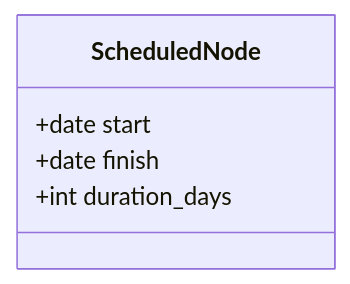
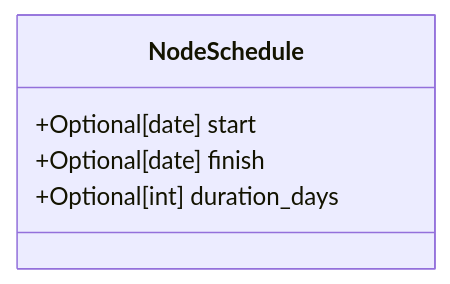
Before and after one commit to asukhodko/opskarta: the fourth of 6 diagrams in .qoder/repowiki/en/content/Tooling and Utilities/Python API Reference.md, drawn with Mermaid. The commit also changed other lines of this file and 6 other files, not shown here.

First line of the commit message:
feat(renderer): replace mermaid_gantt with plan2gantt and plan2dag modules

````diff
--- a/.qoder/repowiki/en/content/Tooling and Utilities/Python API Reference.md
+++ b/.qoder/repowiki/en/content/Tooling and Utilities/Python API Reference.md
@@ -258,8 +271,8 @@
 ```mermaid
 classDiagram
-class ScheduledNode {
-+date start
-+date finish
-+int duration_days
+class NodeSchedule {
++Optional[date] start
++Optional[date] finish
++Optional[int] duration_days
 }
 ```
````
